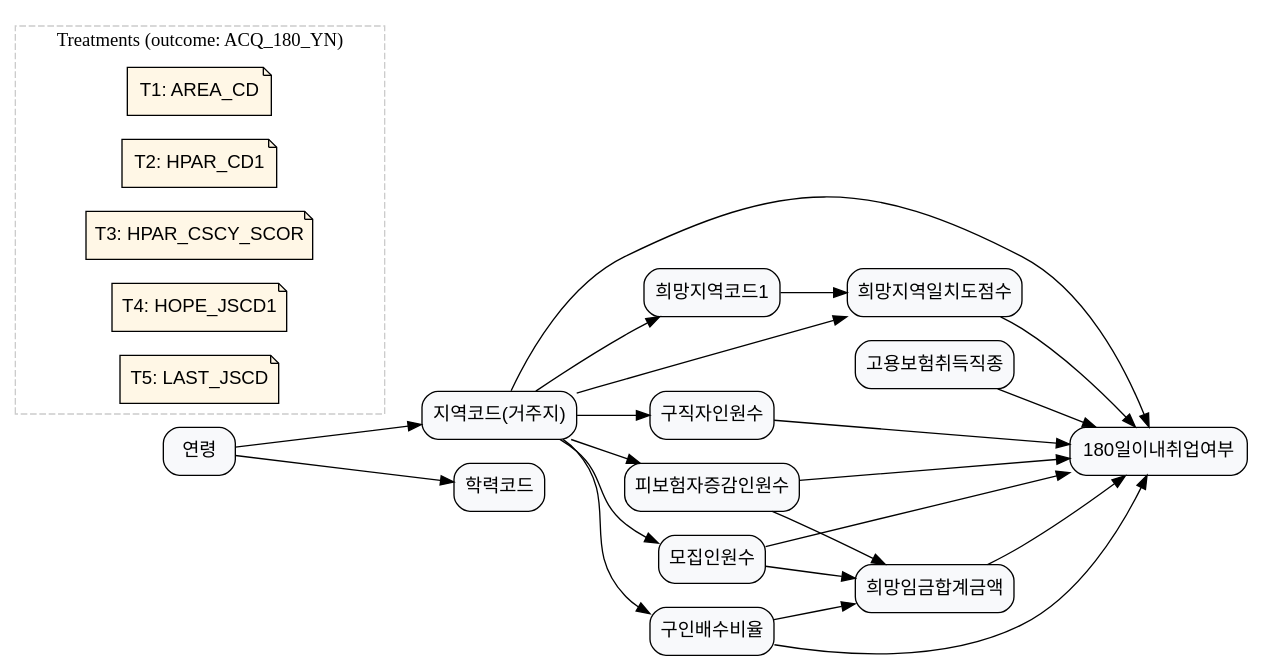
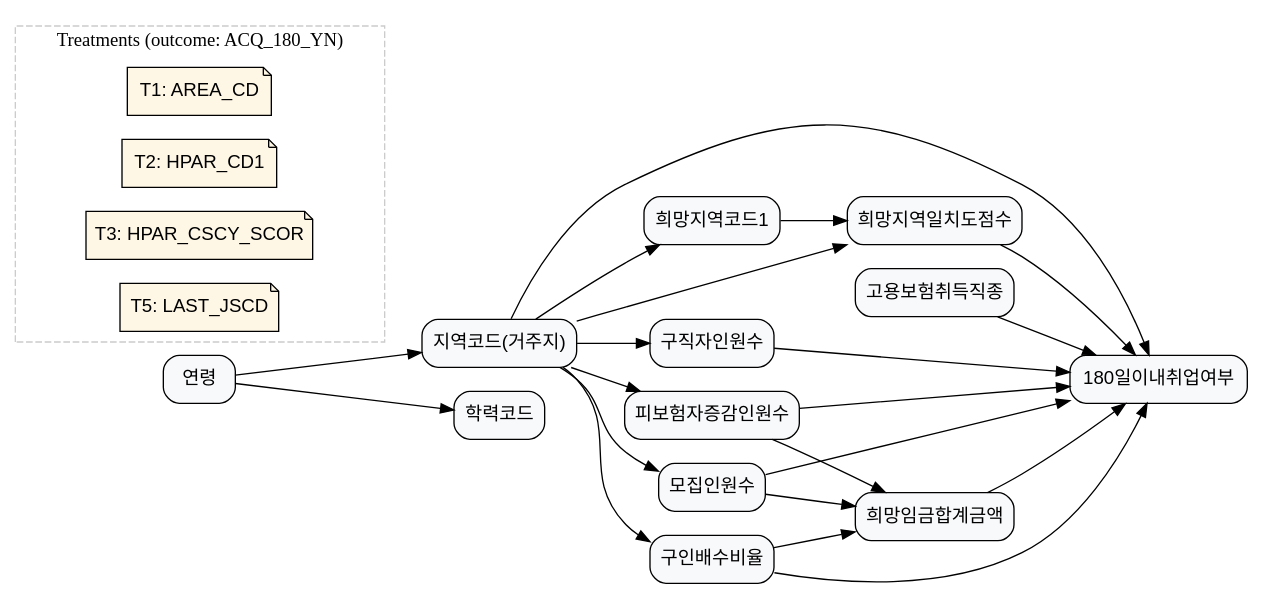
Before and after one commit to KU-LIM-Lab/dowhy-deep: the diagram in laborlab_2/data/graph_data/graph_3.dot, drawn with Graphviz. The commit also changed 12 other files, not shown here.

Commit message:
graphs updated

```diff
--- a/laborlab_2/data/graph_data/graph_3.dot
+++ b/laborlab_2/data/graph_data/graph_3.dot
@@ -1,48 +1,47 @@
 digraph G {
 rankdir=LR;
 node [fillcolor="#F8F9FB", fontname="Helvetica", shape=box, style="rounded,filled"];
 ACQ_180_YN [label="180일이내취업여부"];
 AREA_CD [label="지역코드(거주지)"];
 HPAR_CD1 [label="희망지역코드1"];
 HPAR_CSCY_SCOR [label="희망지역일치도점수"];
 LAST_JSCD [label="고용보험취득직종"];
 IPS_IRDS_NMPR [label="피보험자증감인원수"];
 JBHT_NMPR [label="구직자인원수"];
 RCIT_NMPR [label="모집인원수"];
 JO_DRNG_RATE [label="구인배수비율"];
 HOPE_WAGE_SM_AMT [label="희망임금합계금액"];
 AGE [label="연령"];
 ACCR_CD [label="학력코드"];
 AGE -> ACCR_CD;
 AGE -> AREA_CD;
 LAST_JSCD -> ACQ_180_YN;
 AREA_CD -> HPAR_CD1;
 AREA_CD -> HPAR_CSCY_SCOR;
 HPAR_CD1 -> HPAR_CSCY_SCOR;
 AREA_CD -> IPS_IRDS_NMPR;
 AREA_CD -> JBHT_NMPR;
 AREA_CD -> RCIT_NMPR;
 AREA_CD -> JO_DRNG_RATE;
 IPS_IRDS_NMPR -> HOPE_WAGE_SM_AMT;
 RCIT_NMPR -> HOPE_WAGE_SM_AMT;
 JO_DRNG_RATE -> HOPE_WAGE_SM_AMT;
 HPAR_CSCY_SCOR -> ACQ_180_YN;
 IPS_IRDS_NMPR -> ACQ_180_YN;
 JBHT_NMPR -> ACQ_180_YN;
 RCIT_NMPR -> ACQ_180_YN;
 JO_DRNG_RATE -> ACQ_180_YN;
 AREA_CD -> ACQ_180_YN;
 HOPE_WAGE_SM_AMT -> ACQ_180_YN;
 subgraph cluster_treatments {
 color="#CCCCCC";
 label="Treatments (outcome: ACQ_180_YN)";
 style=dashed;
 node [fillcolor="#FFF7E6", fontname="Helvetica", shape=note, style="rounded,filled"];
 T1 [label="T1: AREA_CD", role="treatment_meta", treatment_def="거주지역코드 차이의 효과", treatment_name="AREA_CD", treatment_question="거주지역이 다른 구직자 간 6개월 내 취업 확률 차이?", treatment_var="AREA_CD"];
 T2 [label="T2: HPAR_CD1", role="treatment_meta", treatment_def="희망지역 선택 차이의 효과", treatment_name="HPAR_CD1", treatment_question="희망지역이 다른 구직자 간 6개월 내 취업 확률 차이?", treatment_var="HPAR_CD1"];
 T3 [label="T3: HPAR_CSCY_SCOR", role="treatment_meta", treatment_def="희망지역일치도점수 수준 차이의 효과", treatment_name="HPAR_CSCY_SCOR", treatment_question="거주지-희망지역 일치도가 높은 사람과 낮은 사람의 6개월 내 취업 확률 차이?", treatment_var="HPAR_CSCY_SCOR"];
-T4 [label="T4: HOPE_JSCD1", role="treatment_meta", treatment_def="희망직종코드 선택 차이의 효과", treatment_name="HOPE_JSCD1", treatment_question="희망직종이 다른 구직자 간 6개월 내 취업 확률 차이?", treatment_var="HOPE_JSCD1"];
 T5 [label="T5: LAST_JSCD", role="treatment_meta", treatment_def="과거 취득직종 차이의 효과", treatment_name="LAST_JSCD", treatment_question="이전 취득 직종이 다른 구직자 간 6개월 내 취업 확률 차이?", treatment_var="LAST_JSCD"];
 }
 
 }
```
